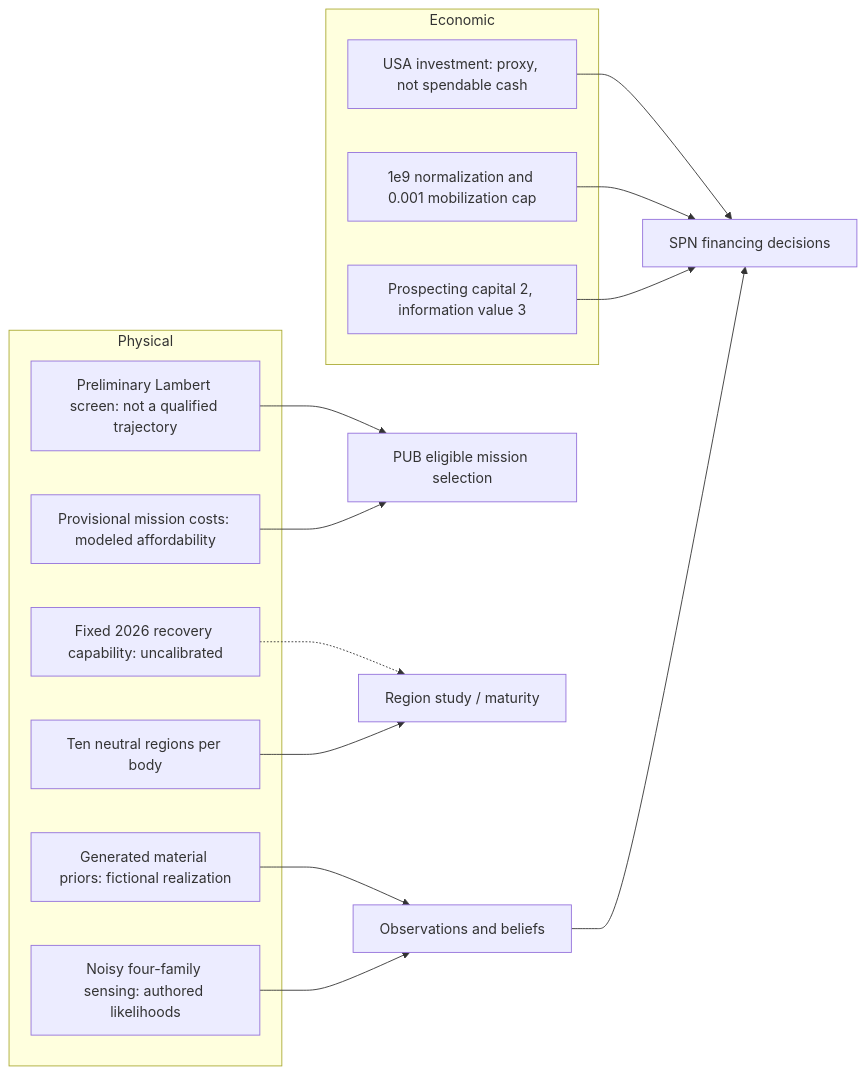
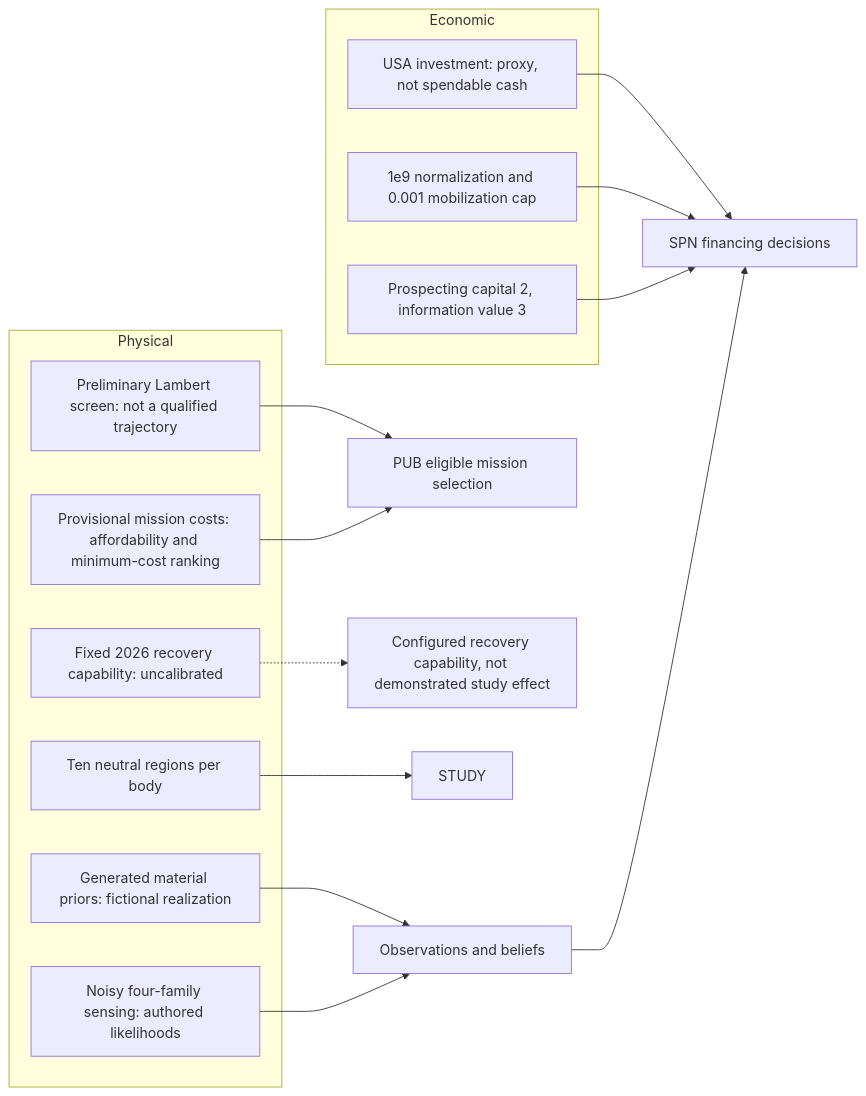
The tenth of 11 diagrams in simulation/offworld_mvp/build7/atlas/ATLAS.md (loom-2226/loom-2226), drawn with Mermaid before and after one commit. The commit also changed other lines of this file and 8 other files, not shown here.

````diff
--- a/simulation/offworld_mvp/build7/atlas/ATLAS.md
+++ b/simulation/offworld_mvp/build7/atlas/ATLAS.md
@@ -255,26 +255,26 @@
 ```mermaid
 flowchart LR
  subgraph Physical
  A["Preliminary Lambert screen: not a qualified trajectory"]
- B["Provisional mission costs: modeled affordability"]
+ B["Provisional mission costs: affordability and minimum-cost ranking"]
  C["Fixed 2026 recovery capability: uncalibrated"]
  D["Generated material priors: fictional realization"]
  E["Noisy four-family sensing: authored likelihoods"]
  F["Ten neutral regions per body"]
  end
  subgraph Economic
  G["USA investment: proxy, not spendable cash"]
  H["1e9 normalization and 0.001 mobilization cap"]
  I["Prospecting capital 2, information value 3"]
  end
  A --> PUB["PUB eligible mission selection"]
  B --> PUB
- C -.-> STUDY["Region study / maturity"]
+ C -.-> CAP["Configured recovery capability, not demonstrated study effect"]
  D --> OBS["Observations and beliefs"]
  E --> OBS
  F --> STUDY
  G --> SPN["SPN financing decisions"]
  H --> SPN
  I --> SPN
  OBS --> SPN
 ```
````
